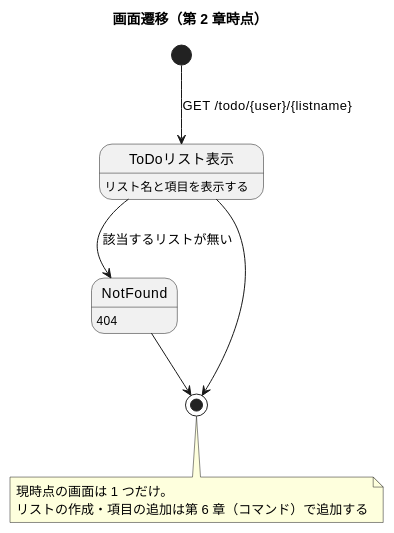
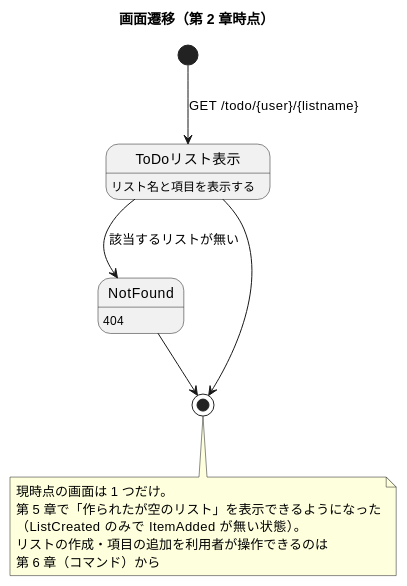
Before and after one commit to k2works/from-objects-to-functions-excersice: the third of 3 diagrams in docs/design/ui_design.md, drawn with PlantUML. The commit also changed other lines of this file and 18 other files, not shown here.

````diff
--- a/docs/design/ui_design.md
+++ b/docs/design/ui_design.md
@@ -59,19 +73,22 @@
 ```plantuml
 @startuml
 title 画面遷移（第 2 章時点）
 
 [*] --> ToDoリスト表示 : GET /todo/{user}/{listname}
 
 state ToDoリスト表示 : リスト名と項目を表示する
 state NotFound : 404
 
 ToDoリスト表示 --> NotFound : 該当するリストが無い
 NotFound --> [*]
 ToDoリスト表示 --> [*]
 
 note bottom
   現時点の画面は 1 つだけ。
-  リストの作成・項目の追加は第 6 章（コマンド）で追加する
+  第 5 章で「作られたが空のリスト」を表示できるようになった
+  （ListCreated のみで ItemAdded が無い状態）。
+  リストの作成・項目の追加を利用者が操作できるのは
+  第 6 章（コマンド）から
 end note
 @enduml
 ```
````
